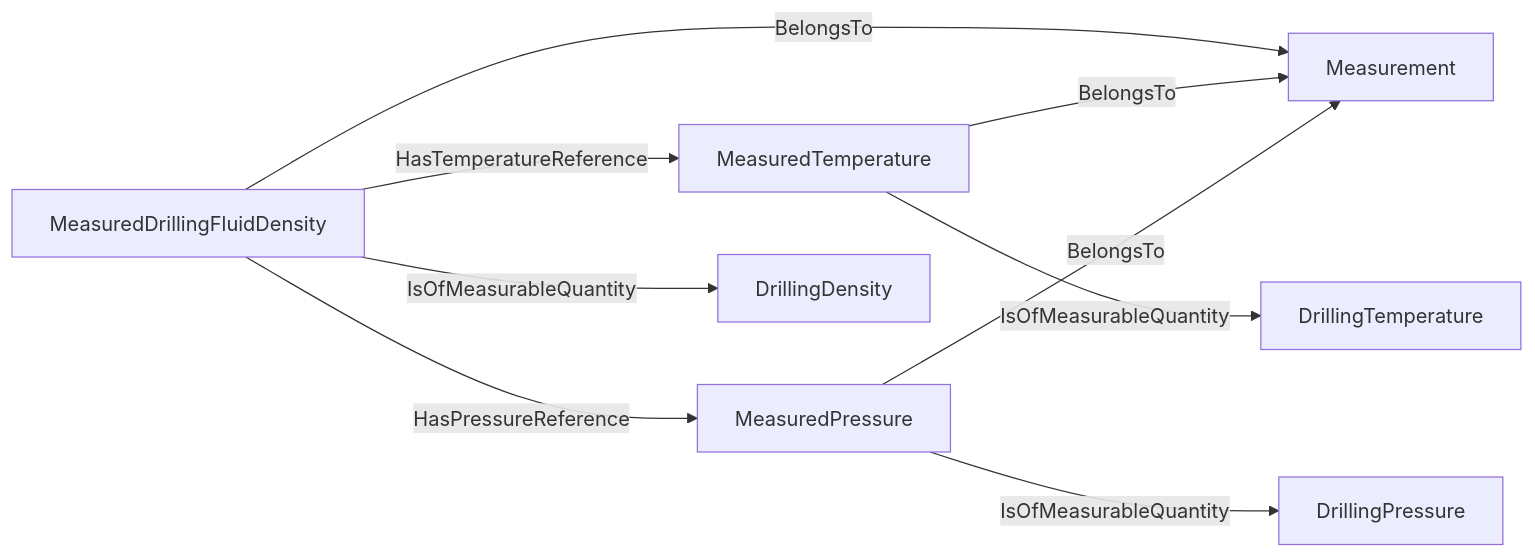
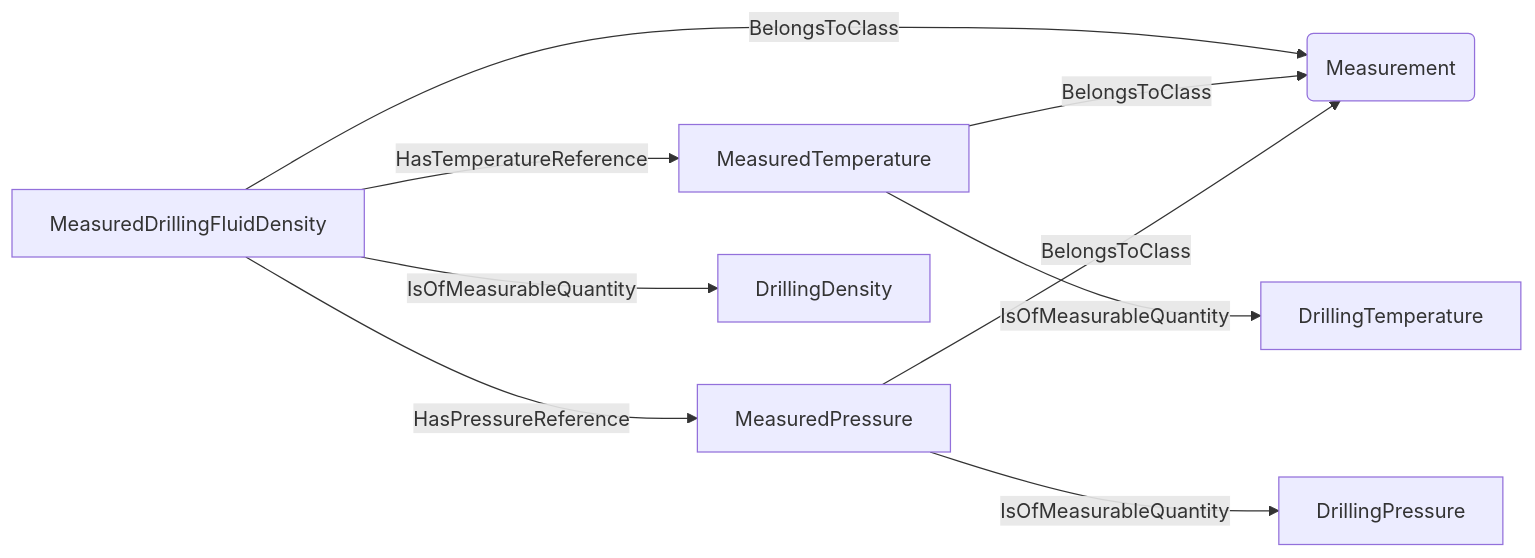
Before and after one commit to D-WIS/DDHub-Semantic-Interoperability: the fourth of 6 diagrams in docs/vocabulary_development/auto-generated/md/definition-files/DataDependencies.md, drawn with Mermaid. The commit also changed other lines of this file and 10 other files, not shown here.

````diff
--- a/docs/vocabulary_development/auto-generated/md/definition-files/DataDependencies.md
+++ b/docs/vocabulary_development/auto-generated/md/definition-files/DataDependencies.md
@@ -101,11 +101,11 @@
 ```mermaid
 graph LR
-	N0000[MeasuredDrillingFluidDensity] -->|BelongsTo| N0001[Measurement] 
-	N0002[MeasuredTemperature] -->|BelongsTo| N0001[Measurement] 
-	N0003[MeasuredPressure] -->|BelongsTo| N0001[Measurement] 
+	N0000[MeasuredDrillingFluidDensity] -->|BelongsToClass| N0001(Measurement) 
+	N0002[MeasuredTemperature] -->|BelongsToClass| N0001(Measurement) 
+	N0003[MeasuredPressure] -->|BelongsToClass| N0001(Measurement) 
 	N0000[MeasuredDrillingFluidDensity] -->|IsOfMeasurableQuantity| N0004[DrillingDensity] 
 	N0002[MeasuredTemperature] -->|IsOfMeasurableQuantity| N0005[DrillingTemperature] 
 	N0003[MeasuredPressure] -->|IsOfMeasurableQuantity| N0006[DrillingPressure] 
 	N0000[MeasuredDrillingFluidDensity] -->|HasTemperatureReference| N0002[MeasuredTemperature] 
 	N0000[MeasuredDrillingFluidDensity] -->|HasPressureReference| N0003[MeasuredPressure] 
 ```
````
